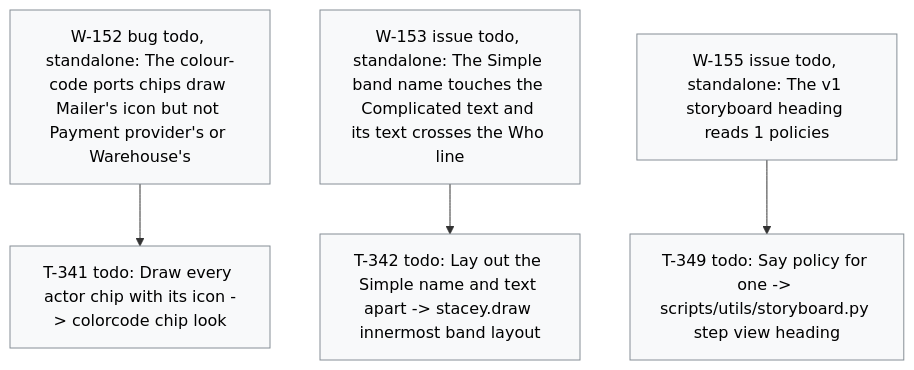
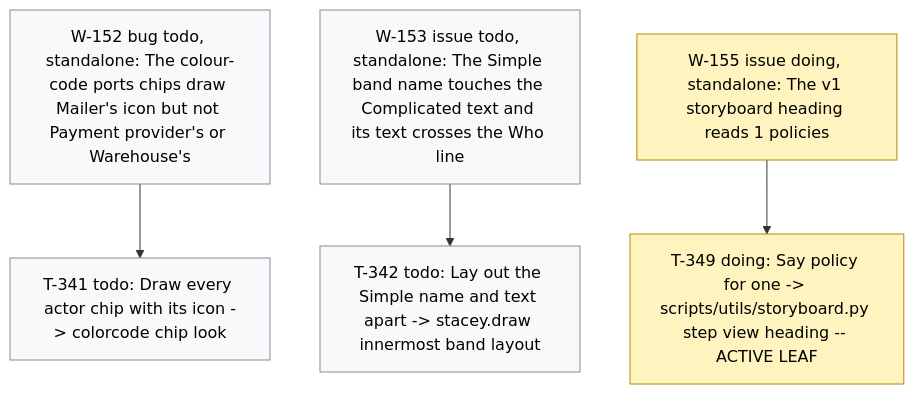
One commit to dpopchev/chaos-to-simple changed the diagram in .board/BOARD.md. Above: the diagram before and after it, drawn with Mermaid. The commit also changed other lines of this file and 2 other files, not shown here.

Commit message:
chore(board): activate W-155, start T-349
Refs: W-155 T-349

````diff
--- a/.board/BOARD.md
+++ b/.board/BOARD.md
@@ -898,15 +898,16 @@
 ```mermaid
 flowchart TD
   W152["W-152 bug todo, standalone: The colour-code ports chips draw Mailer's icon but not Payment provider's or Warehouse's"]
   W152 --> T341["T-341 todo: Draw every actor chip with its icon -> colorcode chip look"]
   W153["W-153 issue todo, standalone: The Simple band name touches the Complicated text and its text crosses the Who line"]
   W153 --> T342["T-342 todo: Lay out the Simple name and text apart -> stacey.draw innermost band layout"]
-  W155["W-155 issue todo, standalone: The v1 storyboard heading reads 1 policies"]
-  W155 --> T349["T-349 todo: Say policy for one -> scripts/utils/storyboard.py step view heading"]
+  W155["W-155 issue doing, standalone: The v1 storyboard heading reads 1 policies"]
+  W155 --> T349["T-349 doing: Say policy for one -> scripts/utils/storyboard.py step view heading -- ACTIVE LEAF"]
   classDef doing fill:#fff3bf,stroke:#b58900,color:#000;
   classDef blocked fill:#ffe3e3,stroke:#c92a2a,color:#000;
   classDef done fill:#e6ffed,stroke:#2b8a3e,color:#000;
   classDef todo fill:#f8f9fa,stroke:#868e96,color:#000;
   classDef pruned fill:#f1f3f5,stroke:#adb5bd,color:#000;
-  class W152,T341,W153,T342,W155,T349 todo
+  class W155,T349 doing
+  class W152,T341,W153,T342 todo
 ```
````
